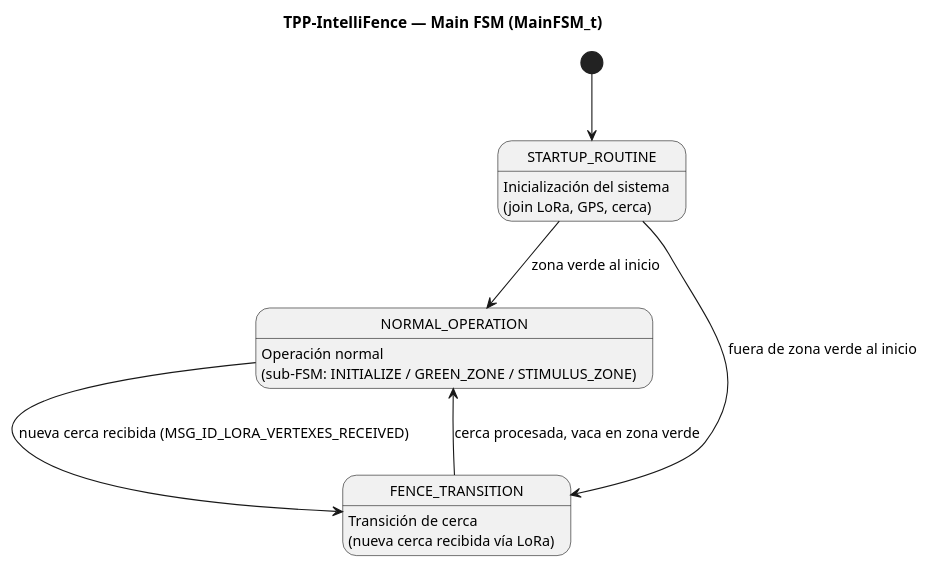
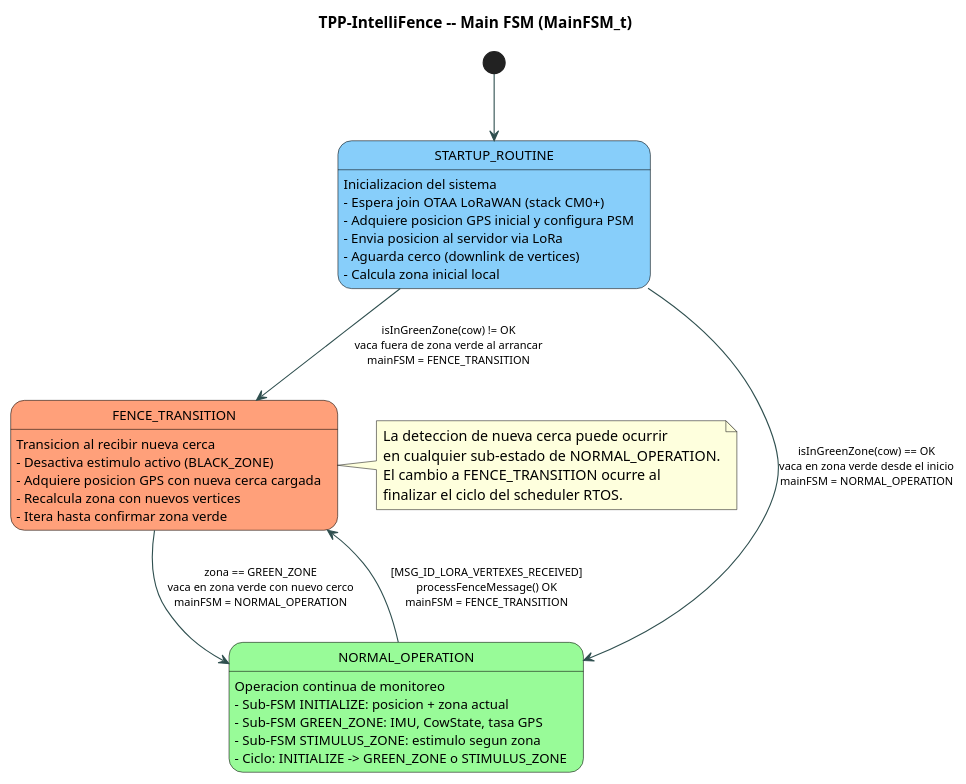
The diagram in docs/06_uml/main_fsm.puml (AgustinPessina00/TPP-IntelliFence), drawn with PlantUML before and after one commit. The commit also changed 3 other files, not shown here.

Commit message:
refactor(UML): standardize titles and improve state descriptions across FSM diagrams

```diff
--- a/docs/06_uml/main_fsm.puml
+++ b/docs/06_uml/main_fsm.puml
@@ -1,25 +1,36 @@
 @startuml main_fsm
-title TPP-IntelliFence — Main FSM (MainFSM_t)
+title TPP-IntelliFence -- Main FSM (MainFSM_t)
 
 skinparam state {
-    BackgroundColor<<active>> LightSkyBlue
-    BorderColor Black
-    FontSize 13
+    BorderColor     Black
+    FontSize        12
+    ArrowFontSize   10
+    BackgroundColor White
+    MinimumWidth    350
 }
+skinparam ArrowColor DarkSlateGray
 
 [*] --> STARTUP_ROUTINE
 
-state STARTUP_ROUTINE : Inicialización del sistema\n(join LoRa, GPS, cerca)
+state "STARTUP_ROUTINE" as STARTUP_ROUTINE #LightSkyBlue : Inicializacion del sistema\n- Espera join OTAA LoRaWAN (stack CM0+)\n- Adquiere posicion GPS inicial y configura PSM\n- Envia posicion al servidor via LoRa\n- Aguarda cerco (downlink de vertices)\n- Calcula zona inicial local
 
-state NORMAL_OPERATION : Operación normal\n(sub-FSM: INITIALIZE / GREEN_ZONE / STIMULUS_ZONE)
+state "NORMAL_OPERATION" as NORMAL_OPERATION #PaleGreen : Operacion continua de monitoreo\n- Sub-FSM INITIALIZE: posicion + zona actual\n- Sub-FSM GREEN_ZONE: IMU, CowState, tasa GPS\n- Sub-FSM STIMULUS_ZONE: estimulo segun zona\n- Ciclo: INITIALIZE -> GREEN_ZONE o STIMULUS_ZONE
 
-state FENCE_TRANSITION : Transición de cerca\n(nueva cerca recibida vía LoRa)
+state "FENCE_TRANSITION" as FENCE_TRANSITION #LightSalmon : Transicion al recibir nueva cerca\n- Desactiva estimulo activo (BLACK_ZONE)\n- Adquiere posicion GPS con nueva cerca cargada\n- Recalcula zona con nuevos vertices\n- Itera hasta confirmar zona verde
 
-STARTUP_ROUTINE --> NORMAL_OPERATION  : zona verde al inicio
-STARTUP_ROUTINE --> FENCE_TRANSITION  : fuera de zona verde al inicio
+STARTUP_ROUTINE  --> NORMAL_OPERATION  : isInGreenZone(cow) == OK\nvaca en zona verde desde el inicio\nmainFSM = NORMAL_OPERATION
 
-NORMAL_OPERATION --> FENCE_TRANSITION : nueva cerca recibida (MSG_ID_LORA_VERTEXES_RECEIVED)
+STARTUP_ROUTINE  --> FENCE_TRANSITION  : isInGreenZone(cow) != OK\nvaca fuera de zona verde al arrancar\nmainFSM = FENCE_TRANSITION
 
-FENCE_TRANSITION --> NORMAL_OPERATION : cerca procesada, vaca en zona verde
+NORMAL_OPERATION --> FENCE_TRANSITION  : [MSG_ID_LORA_VERTEXES_RECEIVED]\nprocessFenceMessage() OK\nmainFSM = FENCE_TRANSITION
+
+FENCE_TRANSITION --> NORMAL_OPERATION  : zona == GREEN_ZONE\nvaca en zona verde con nuevo cerco\nmainFSM = NORMAL_OPERATION
+
+note right of FENCE_TRANSITION
+  La deteccion de nueva cerca puede ocurrir
+  en cualquier sub-estado de NORMAL_OPERATION.
+  El cambio a FENCE_TRANSITION ocurre al
+  finalizar el ciclo del scheduler RTOS.
+end note
 
 @enduml
```
